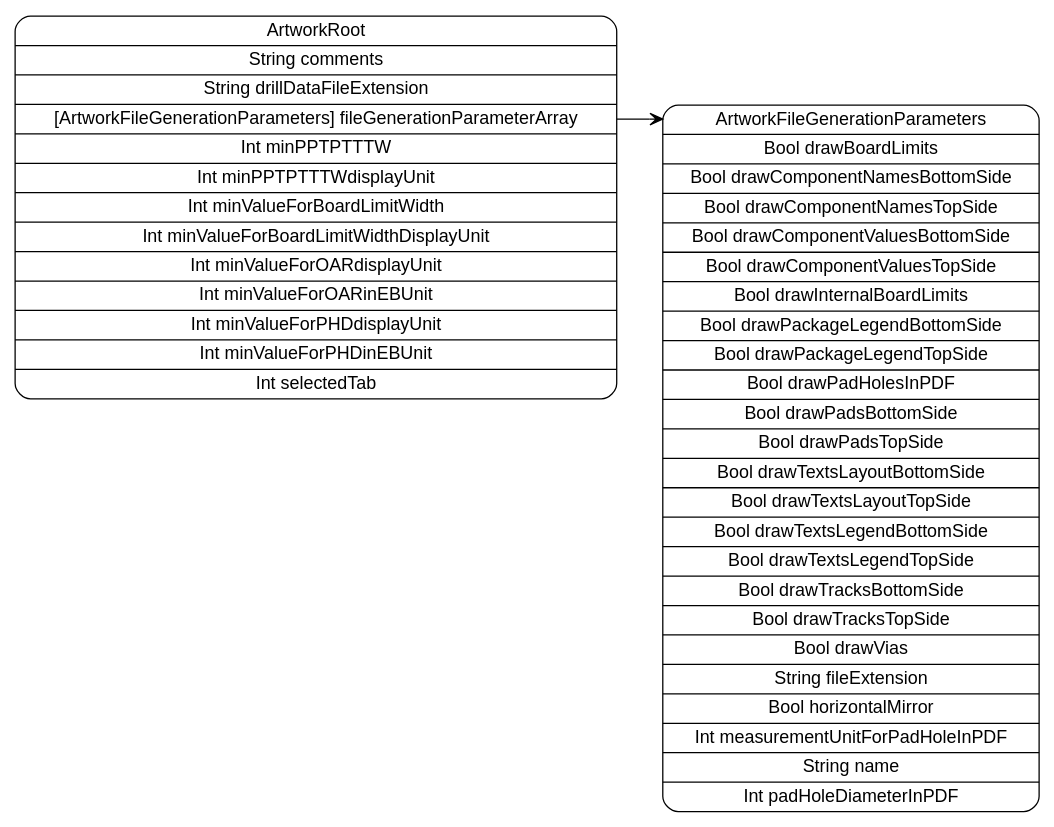
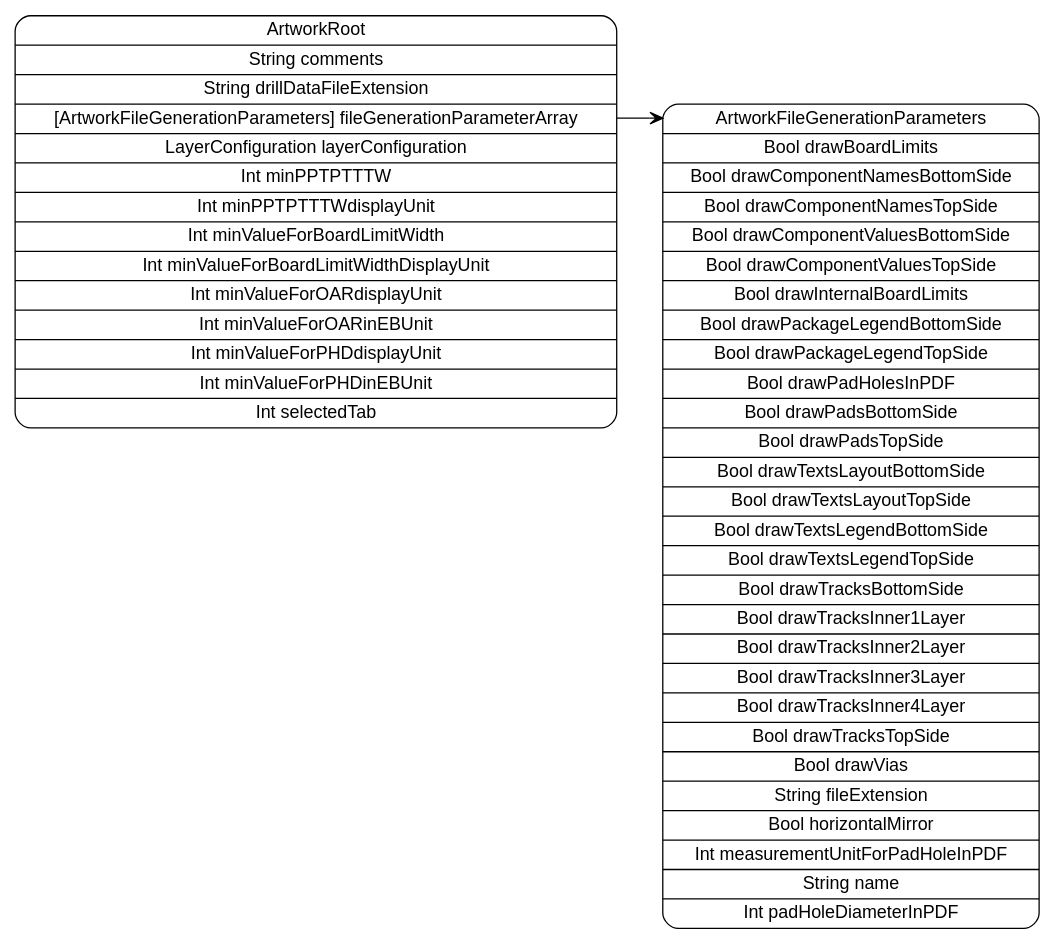
Before and after one commit to pierremolinaro/ElCanari-dev: the diagram in models/ArtworkRoot.dot, drawn with Graphviz. The commit also changed 20 other files, not shown here.

Commit message:
Début adaptation Artwork aux Inner Elements

```diff
--- a/models/ArtworkRoot.dot
+++ b/models/ArtworkRoot.dot
@@ -1,7 +1,7 @@
 digraph G {
   rankdir=LR ;
   node [shape=record fontname=helvetica style=rounded] ;
-  ArtworkRoot[label="<ArtworkRoot>ArtworkRoot|String comments|String drillDataFileExtension|<fileGenerationParameterArray>[ArtworkFileGenerationParameters] fileGenerationParameterArray|Int minPPTPTTTW|Int minPPTPTTTWdisplayUnit|Int minValueForBoardLimitWidth|Int minValueForBoardLimitWidthDisplayUnit|Int minValueForOARdisplayUnit|Int minValueForOARinEBUnit|Int minValueForPHDdisplayUnit|Int minValueForPHDinEBUnit|Int selectedTab"] ;
-  ArtworkFileGenerationParameters[label="<ArtworkFileGenerationParameters>ArtworkFileGenerationParameters|Bool drawBoardLimits|Bool drawComponentNamesBottomSide|Bool drawComponentNamesTopSide|Bool drawComponentValuesBottomSide|Bool drawComponentValuesTopSide|Bool drawInternalBoardLimits|Bool drawPackageLegendBottomSide|Bool drawPackageLegendTopSide|Bool drawPadHolesInPDF|Bool drawPadsBottomSide|Bool drawPadsTopSide|Bool drawTextsLayoutBottomSide|Bool drawTextsLayoutTopSide|Bool drawTextsLegendBottomSide|Bool drawTextsLegendTopSide|Bool drawTracksBottomSide|Bool drawTracksTopSide|Bool drawVias|String fileExtension|Bool horizontalMirror|Int measurementUnitForPadHoleInPDF|String name|Int padHoleDiameterInPDF"] ;
+  ArtworkRoot[label="<ArtworkRoot>ArtworkRoot|String comments|String drillDataFileExtension|<fileGenerationParameterArray>[ArtworkFileGenerationParameters] fileGenerationParameterArray|LayerConfiguration layerConfiguration|Int minPPTPTTTW|Int minPPTPTTTWdisplayUnit|Int minValueForBoardLimitWidth|Int minValueForBoardLimitWidthDisplayUnit|Int minValueForOARdisplayUnit|Int minValueForOARinEBUnit|Int minValueForPHDdisplayUnit|Int minValueForPHDinEBUnit|Int selectedTab"] ;
+  ArtworkFileGenerationParameters[label="<ArtworkFileGenerationParameters>ArtworkFileGenerationParameters|Bool drawBoardLimits|Bool drawComponentNamesBottomSide|Bool drawComponentNamesTopSide|Bool drawComponentValuesBottomSide|Bool drawComponentValuesTopSide|Bool drawInternalBoardLimits|Bool drawPackageLegendBottomSide|Bool drawPackageLegendTopSide|Bool drawPadHolesInPDF|Bool drawPadsBottomSide|Bool drawPadsTopSide|Bool drawTextsLayoutBottomSide|Bool drawTextsLayoutTopSide|Bool drawTextsLegendBottomSide|Bool drawTextsLegendTopSide|Bool drawTracksBottomSide|Bool drawTracksInner1Layer|Bool drawTracksInner2Layer|Bool drawTracksInner3Layer|Bool drawTracksInner4Layer|Bool drawTracksTopSide|Bool drawVias|String fileExtension|Bool horizontalMirror|Int measurementUnitForPadHoleInPDF|String name|Int padHoleDiameterInPDF"] ;
   ArtworkRoot:fileGenerationParameterArray -> ArtworkFileGenerationParameters:ArtworkFileGenerationParameters [dir=both arrowtail=none arrowhead=vee] ;
 }
```
